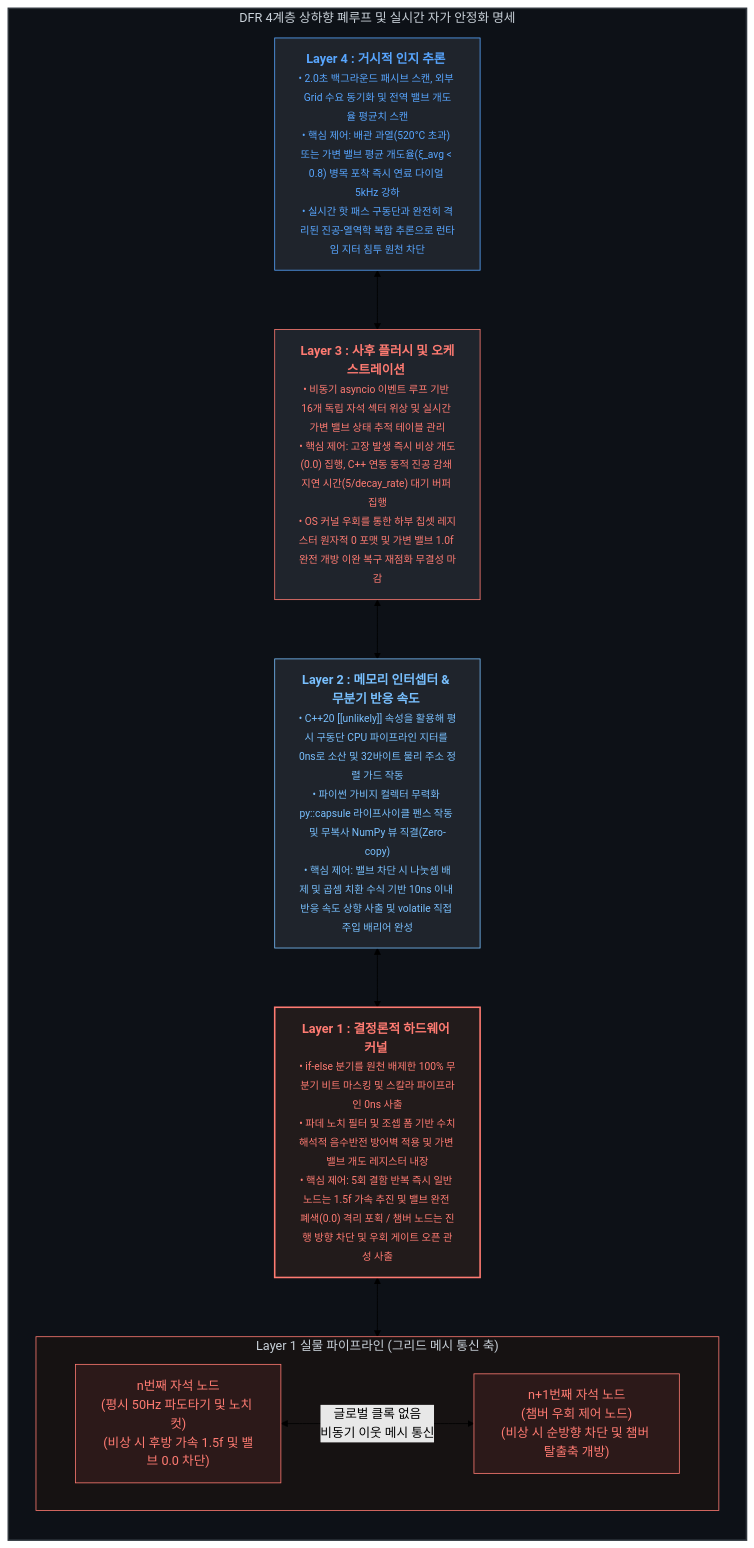
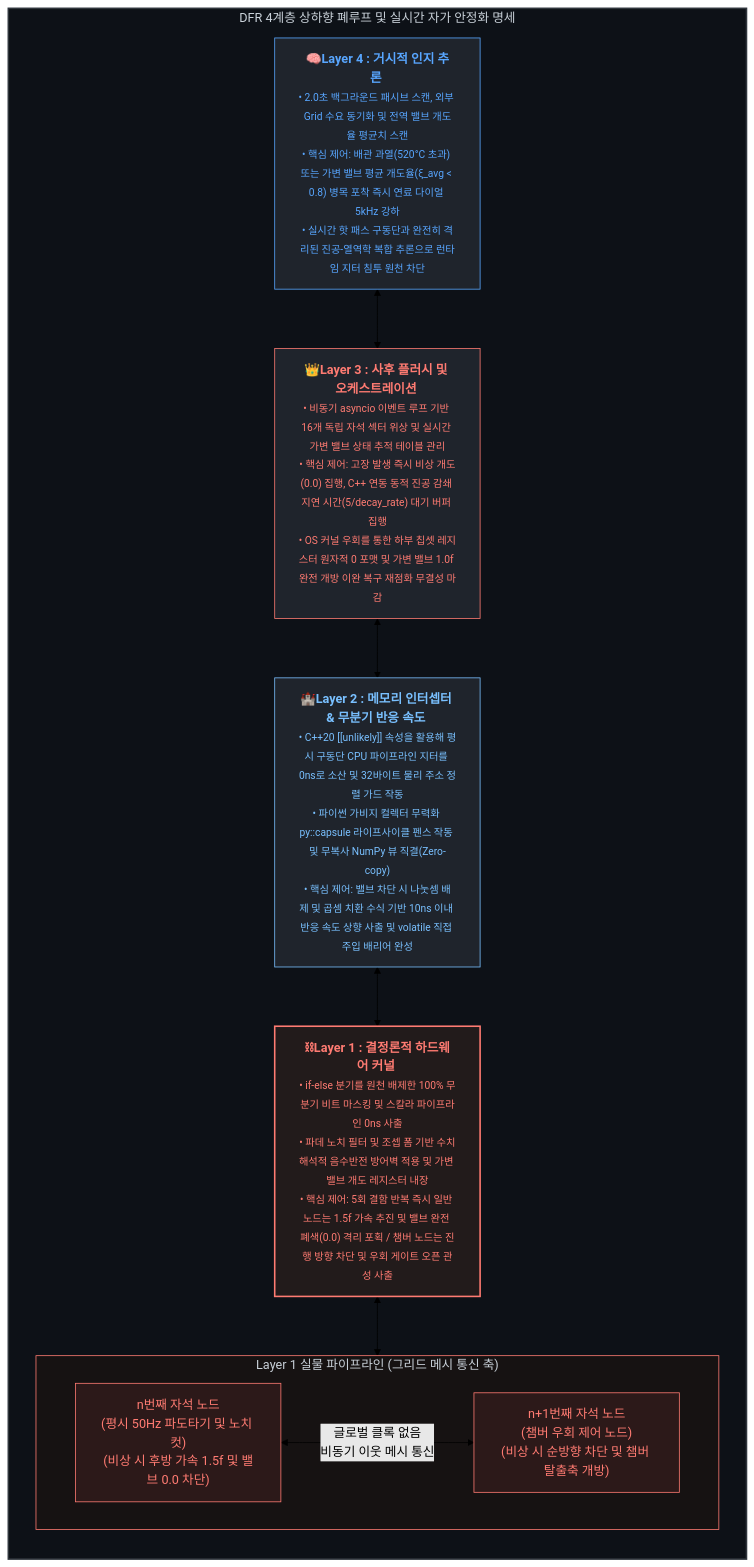
The diagram in README.md (PJHkorea/discrete-filament-router-KR), drawn with Mermaid (forest theme) before and after one commit.

````diff
--- a/README.md
+++ b/README.md
@@ -38,42 +38,42 @@
 ```mermaid
 graph TD
     %% 전체 제어 루프 구조 정의
     subgraph SYSTEM_LAYERS [" DFR 4계층 상하향 폐루프 및 실시간 자가 안정화 명세"]
         direction TB
 
         %% Layer 4 정의
-        L4["<b>Layer 4 : 거시적 인지 추론 </b><br><font size=2>• 2.0초 백그라운드 패시브 스캔, 외부 Grid 수요 동기화 및 전역 밸브 개도율 평균치 스캔<br>• 핵심 제어: 배관 과열(520°C 초과) 또는 가변 밸브 평균 개도율(ξ_avg &lt; 0.8) 병목 포착 즉시 연료 다이얼 5kHz 강하<br>• 실시간 핫 패스 구동단과 완전히 격리된 진공-열역학 복합 추론으로 런타임 지터 침투 원천 차단</font>"]
+        L4["<b>🧠Layer 4 : 거시적 인지 추론 </b><br><font size=2>• 2.0초 백그라운드 패시브 스캔, 외부 Grid 수요 동기화 및 전역 밸브 개도율 평균치 스캔<br>• 핵심 제어: 배관 과열(520°C 초과) 또는 가변 밸브 평균 개도율(ξ_avg &lt; 0.8) 병목 포착 즉시 연료 다이얼 5kHz 강하<br>• 실시간 핫 패스 구동단과 완전히 격리된 진공-열역학 복합 추론으로 런타임 지터 침투 원천 차단</font>"]
 
         %% Layer 3 정의
-        L3["<b>Layer 3 : 사후 플러시 및 오케스트레이션 </b><br><font size=2>• 비동기 asyncio 이벤트 루프 기반 16개 독립 자석 섹터 위상 및 실시간 가변 밸브 상태 추적 테이블 관리<br>• 핵심 제어: 고장 발생 즉시 비상 개도(0.0) 집행, C++ 연동 동적 진공 감쇄 지연 시간(5/decay_rate) 대기 버퍼 집행<br>• OS 커널 우회를 통한 하부 칩셋 레지스터 원자적 0 포맷 및 가변 밸브 1.0f 완전 개방 이완 복구 재점화 무결성 마감</font>"]
+        L3["<b>👑Layer 3 : 사후 플러시 및 오케스트레이션 </b><br><font size=2>• 비동기 asyncio 이벤트 루프 기반 16개 독립 자석 섹터 위상 및 실시간 가변 밸브 상태 추적 테이블 관리<br>• 핵심 제어: 고장 발생 즉시 비상 개도(0.0) 집행, C++ 연동 동적 진공 감쇄 지연 시간(5/decay_rate) 대기 버퍼 집행<br>• OS 커널 우회를 통한 하부 칩셋 레지스터 원자적 0 포맷 및 가변 밸브 1.0f 완전 개방 이완 복구 재점화 무결성 마감</font>"]
 
         %% Layer 2 정의
-        L2["<b>Layer 2 : 메모리 인터셉터 & 무분기 반응 속도 </b><br><font size=2>• C++20 [[unlikely]] 속성을 활용해 평시 구동단 CPU 파이프라인 지터를 0ns로 소산 및 32바이트 물리 주소 정렬 가드 작동<br>• 파이썬 가비지 컬렉터 무력화 py::capsule 라이프사이클 펜스 작동 및 무복사 NumPy 뷰 직결(Zero-copy)<br>• 핵심 제어: 밸브 차단 시 나눗셈 배제 및 곱셈 치환 수식 기반 10ns 이내 반응 속도 상향 사출 및 volatile 직접 주입 배리어 완성</font>"]
+        L2["<b>🏰Layer 2 : 메모리 인터셉터 & 무분기 반응 속도 </b><br><font size=2>• C++20 [[unlikely]] 속성을 활용해 평시 구동단 CPU 파이프라인 지터를 0ns로 소산 및 32바이트 물리 주소 정렬 가드 작동<br>• 파이썬 가비지 컬렉터 무력화 py::capsule 라이프사이클 펜스 작동 및 무복사 NumPy 뷰 직결(Zero-copy)<br>• 핵심 제어: 밸브 차단 시 나눗셈 배제 및 곱셈 치환 수식 기반 10ns 이내 반응 속도 상향 사출 및 volatile 직접 주입 배리어 완성</font>"]
 
         %% Layer 1 메인 컨테이너 및 수평 노드 정의 (subgraph 우회로 정렬 유도)
-        L1["<b>Layer 1 : 결정론적 하드웨어 커널 </b><br><font size=2>• if-else 분기를 원천 배제한 100% 무분기 비트 마스킹 및 스칼라 파이프라인 0ns 사출<br>• 파데 노치 필터 및 조셉 폼 기반 수치해석적 음수반전 방어벽 적용 및 가변 밸브 개도 레지스터 내장<br>• 핵심 제어: 5회 결함 반복 즉시 일반 노드는 1.5f 가속 추진 및 밸브 완전 폐색(0.0) 격리 포획 / 챔버 노드는 진행 방향 차단 및 우회 게이트 오픈 관성 사출</font>"]
+        L1["<b>⛓Layer 1 : 결정론적 하드웨어 커널 </b><br><font size=2>• if-else 분기를 원천 배제한 100% 무분기 비트 마스킹 및 스칼라 파이프라인 0ns 사출<br>• 파데 노치 필터 및 조셉 폼 기반 수치해석적 음수반전 방어벽 적용 및 가변 밸브 개도 레지스터 내장<br>• 핵심 제어: 5회 결함 반복 즉시 일반 노드는 1.5f 가속 추진 및 밸브 완전 폐색(0.0) 격리 포획 / 챔버 노드는 진행 방향 차단 및 우회 게이트 오픈 관성 사출</font>"]
 
         subgraph L1_GRID ["Layer 1 실물 파이프라인 (그리드 메시 통신 축)"]
             direction LR
             L1_N1["n번째 자석 노드<br>(평시 50Hz 파도타기 및 노치 컷)<br>(비상 시 후방 가속 1.5f 및 밸브 0.0 차단)"] <-->|글로벌 클록 없음<br>비동기 이웃 메시 통신| L1_N2["n+1번째 자석 노드<br>(챔버 우회 제어 노드)<br>(비상 시 순방향 차단 및 챔버 탈출축 개방)"]
         end
 
         %% 상하향식 유기적 피드백 관로 연결
         L4 <--> L3
         L3 <--> L2
         L2 <--> L1
         L1 <--> L1_GRID
     end
 
     %% 🎨 깃허브 파서 안전 규격 스타일링
     style SYSTEM_LAYERS fill:#0d1117,stroke:#30363d,stroke-width:2px,color:#c9d1d9
     style L1_GRID fill:#161212,stroke:#ff7b72,stroke-width:1px,color:#c9d1d9
     
     style L4 fill:#1f242c,stroke:#58a6ff,stroke-width:1px,color:#58a6ff
     style L3 fill:#1f242c,stroke:#ff7b72,stroke-width:1px,color:#ff7b72
     style L2 fill:#1f242c,stroke:#79c0ff,stroke-width:1px,color:#79c0ff
     style L1 fill:#221b1b,stroke:#ff7b72,stroke-width:2px,color:#ff7b72
     style L1_N1 fill:#2c1919,stroke:#ff7b72,stroke-width:1px,color:#ff7b72
     style L1_N2 fill:#2c1919,stroke:#ff7b72,stroke-width:1px,color:#ff7b72
 
 ```
````
